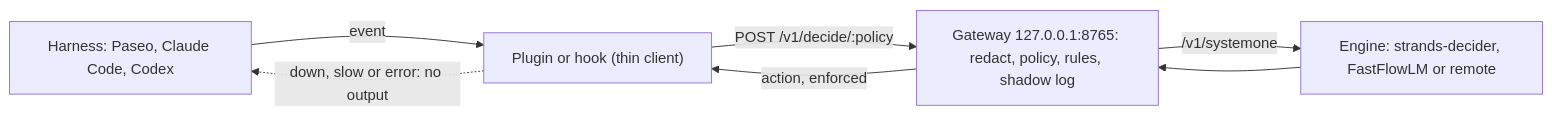
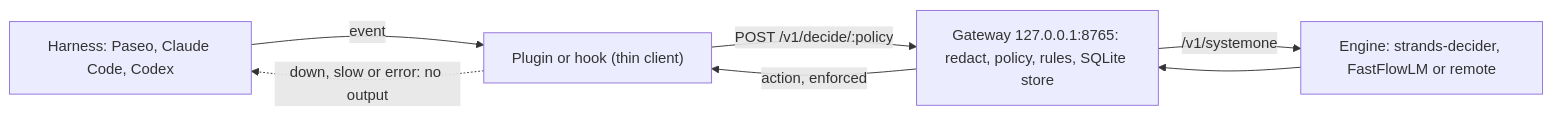
Before and after one commit to SkeLLLa/local-decider: the diagram in README.md, drawn with Mermaid. The commit also changed other lines of this file and 45 other files, not shown here.

First line of the commit message:
feat: sqlite store (#15)

````diff
--- a/README.md
+++ b/README.md
@@ -49,9 +49,9 @@
 ```mermaid
 flowchart LR
   H["Harness: Paseo, Claude Code, Codex"] -->|event| P["Plugin or hook (thin client)"]
-  P -->|"POST /v1/decide/:policy"| G["Gateway 127.0.0.1:8765: redact, policy, rules, shadow log"]
+  P -->|"POST /v1/decide/:policy"| G["Gateway 127.0.0.1:8765: redact, policy, rules, SQLite store"]
   G -->|"/v1/systemone"| E["Engine: strands-decider, FastFlowLM or remote"]
   E --> G
   G -->|"action, enforced"| P
   P -.->|"down, slow or error: no output"| H
 ```
````
